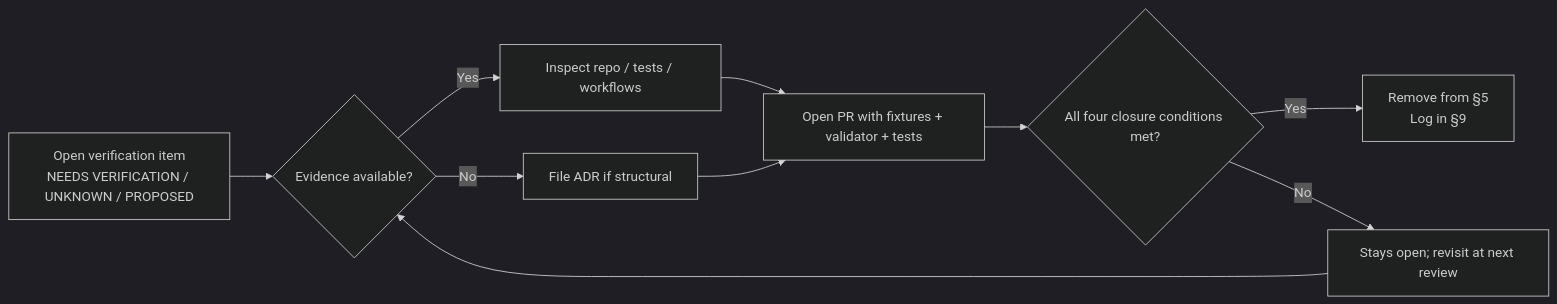
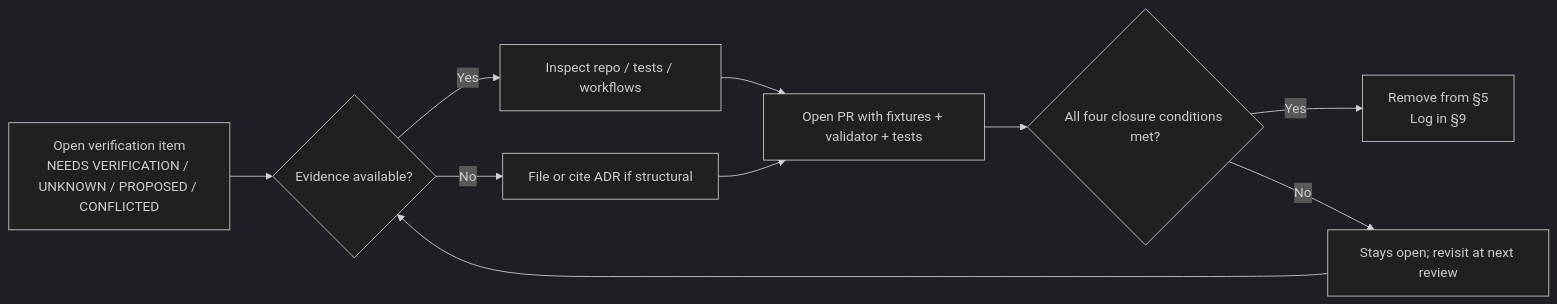
One commit to bartytime4life/Kansas-Frontier-Matrix changed the diagram in docs/domains/hydrology/VERIFICATION_BACKLOG.md. Above: the diagram before and after it, drawn with Mermaid (dark theme). The commit also changed other lines of this file, not shown here.

````diff
--- a/docs/domains/hydrology/VERIFICATION_BACKLOG.md
+++ b/docs/domains/hydrology/VERIFICATION_BACKLOG.md
@@ -125,21 +136,21 @@
 ```mermaid
 flowchart LR
-    A["Open verification item<br/>NEEDS VERIFICATION / UNKNOWN / PROPOSED"]
+    A["Open verification item<br/>NEEDS VERIFICATION / UNKNOWN / PROPOSED / CONFLICTED"]
     B{"Evidence available?"}
     C["Inspect repo / tests / workflows"]
-    D["File ADR if structural"]
+    D["File or cite ADR if structural"]
     E["Open PR with fixtures + validator + tests"]
     F{"All four closure conditions met?"}
     G["Remove from §5<br/>Log in §9"]
     H["Stays open; revisit at next review"]
 
     A --> B
     B -- "Yes" --> C
     B -- "No"  --> D
     C --> E
     D --> E
     E --> F
     F -- "Yes" --> G
     F -- "No"  --> H
     H --> B
 ```
````
